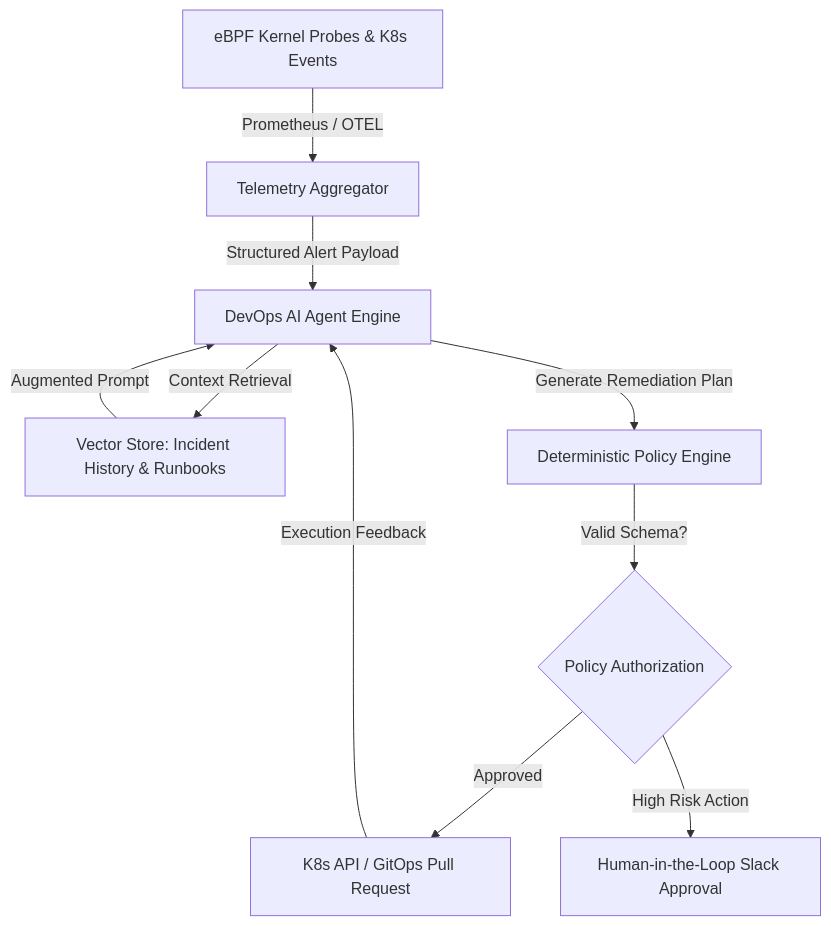
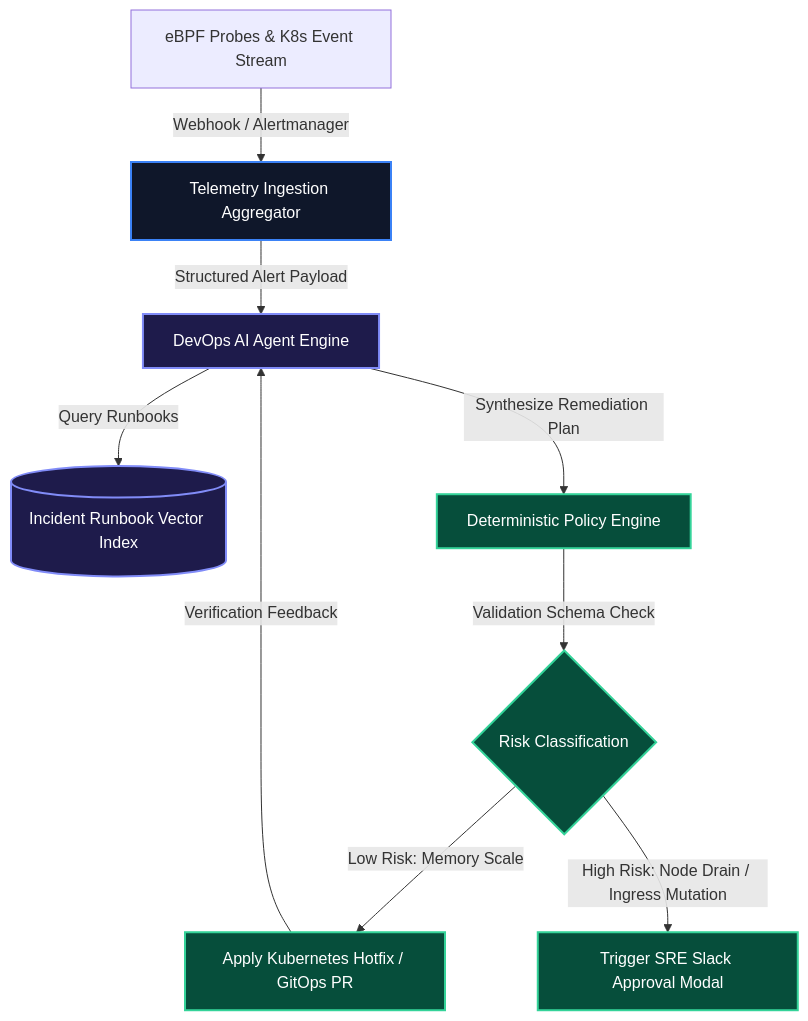
The diagram in content/posts/autonomous-ai-devops-agents/ai-devops-agents-part-1-architecture.mdx (Ovanthra-Inc/sidhya-blog), drawn with Mermaid before and after one commit. The commit also changed other lines of this file and 42 other files, not shown here.

````diff
--- a/content/posts/autonomous-ai-devops-agents/ai-devops-agents-part-1-architecture.mdx
+++ b/content/posts/autonomous-ai-devops-agents/ai-devops-agents-part-1-architecture.mdx
@@ -34,12 +34,18 @@
 ```mermaid
 graph TD
-    A[eBPF Kernel Probes & K8s Events] -->|Prometheus / OTEL| B[Telemetry Aggregator]
-    B -->|Structured Alert Payload| C[DevOps AI Agent Engine]
-    C -->|Context Retrieval| D[Vector Store: Incident History & Runbooks]
-    D -->|Augmented Prompt| C
-    C -->|Generate Remediation Plan| E[Deterministic Policy Engine]
-    E -->|Valid Schema?| F{Policy Authorization}
-    F -->|Approved| G[K8s API / GitOps Pull Request]
-    F -->|High Risk Action| H[Human-in-the-Loop Slack Approval]
-    G -->|Execution Feedback| C
+    classDef signalStyle fill:#0f172a,stroke:#3b82f6,stroke-width:2px,color:#fff;
+    classDef agentStyle fill:#1e1b4b,stroke:#818cf8,stroke-width:2px,color:#fff;
+    classDef authStyle fill:#064e3b,stroke:#34d399,stroke-width:2px,color:#fff;
+
+    Signals[eBPF Probes & K8s Event Stream] -->|Webhook / Alertmanager| Aggregator[Telemetry Ingestion Aggregator]:::signalStyle
+    Aggregator -->|Structured Alert Payload| Agent[DevOps AI Agent Engine]:::agentStyle
+    
+    Agent -->|Query Runbooks| RAG[(Incident Runbook Vector Index)]:::agentStyle
+    Agent -->|Synthesize Remediation Plan| PolicyProxy[Deterministic Policy Engine]:::authStyle
+    
+    PolicyProxy -->|Validation Schema Check| Auth{Risk Classification}:::authStyle
+    Auth -->|Low Risk: Memory Scale| K8sAPI[Apply Kubernetes Hotfix / GitOps PR]:::authStyle
+    Auth -->|High Risk: Node Drain / Ingress Mutation| Slack[Trigger SRE Slack Approval Modal]:::authStyle
+    
+    K8sAPI -->|Verification Feedback| Agent
 ```
````
